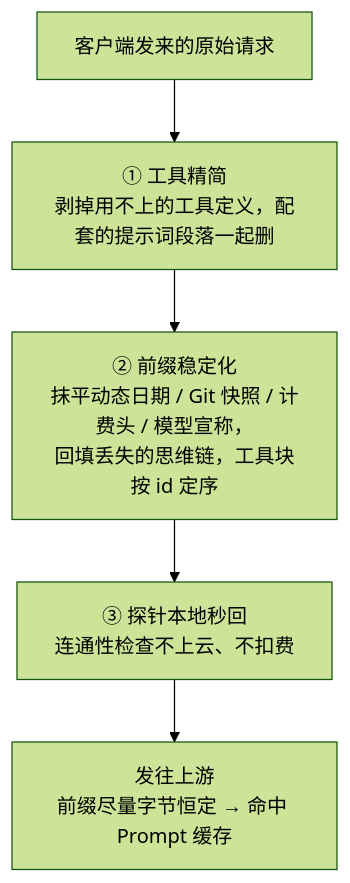
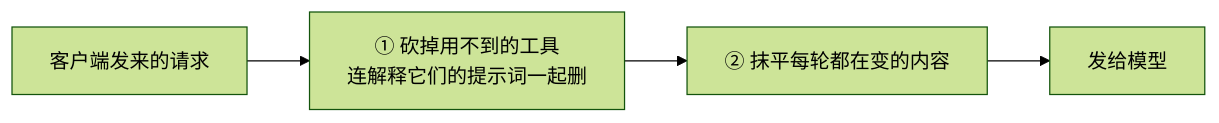
One commit to ls-open/claude-tuner changed the second of 2 diagrams in README.md. Above: the diagram before and after it, drawn with Mermaid (forest theme). The commit also changed other lines of this file, not shown here.

First line of the commit message:
docs(readme): 说人话、缩短第二张图

````diff
--- a/README.md
+++ b/README.md
@@ -42,7 +43,6 @@
 ```mermaid
-flowchart TD
-    R["客户端发来的原始请求"] --> P1["① 工具精简<br/>剥掉用不上的工具定义，配套的提示词段落一起删"]
-    P1 --> P2["② 前缀稳定化<br/>抹平动态日期 / Git 快照 / 计费头 / 模型宣称，<br/>回填丢失的思维链，工具块按 id 定序"]
-    P2 --> P3["③ 探针本地秒回<br/>连通性检查不上云、不扣费"]
-    P3 --> O["发往上游<br/>前缀尽量字节恒定 → 命中 Prompt 缓存"]
+flowchart LR
+    A["客户端发来的请求"] --> B["① 砍掉用不到的工具<br/>连解释它们的提示词一起删"]
+    B --> C["② 抹平每轮都在变的内容"]
+    C --> D["发给模型"]
 ```
````
